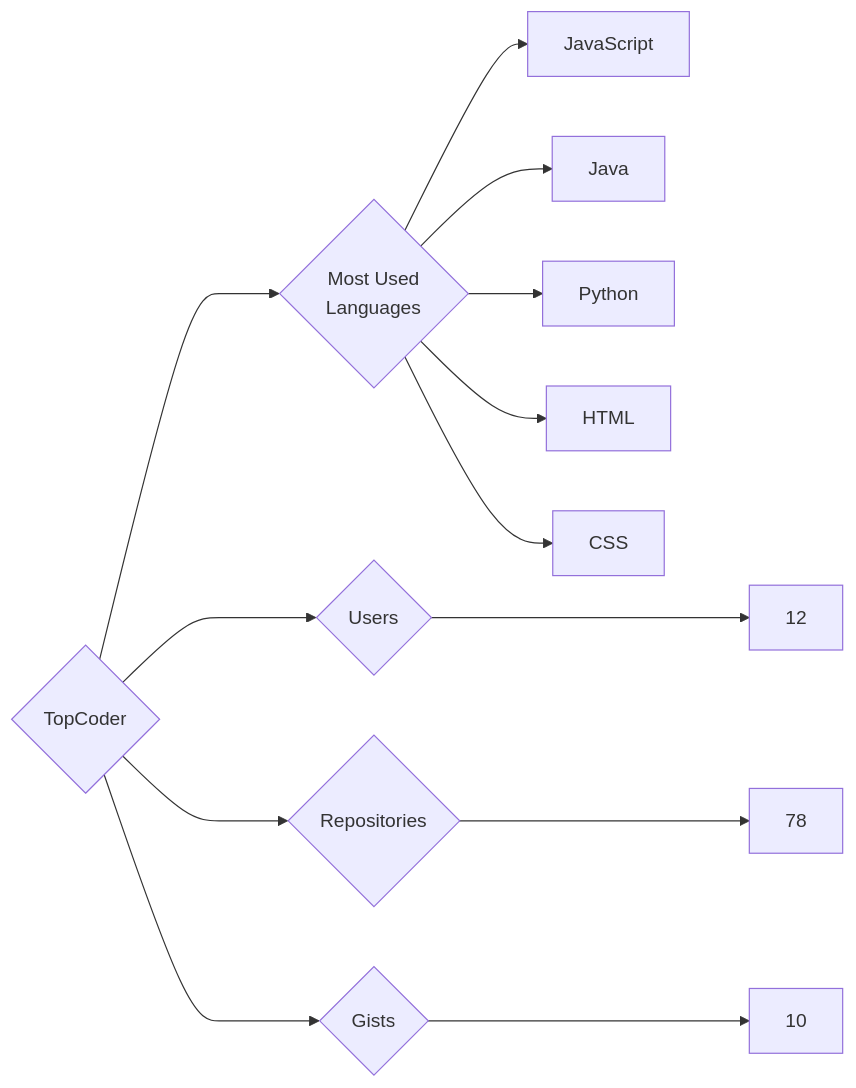
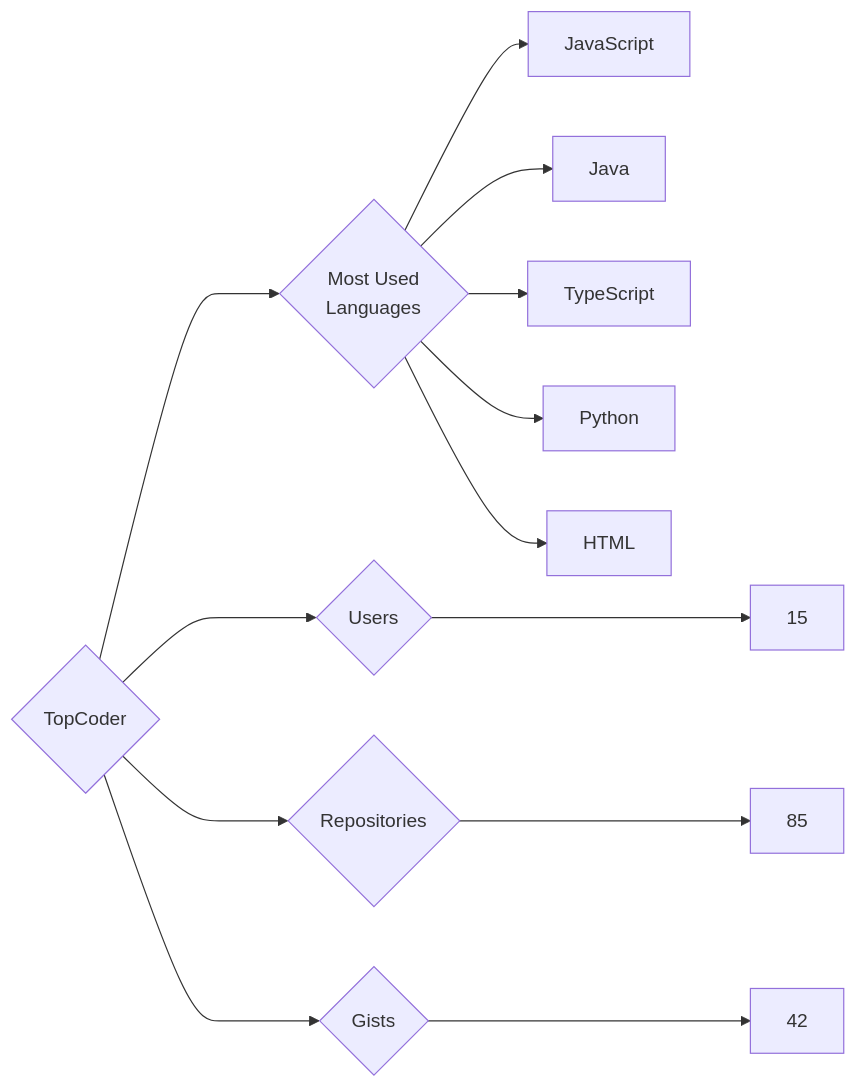
Before and after one commit to trickest/insiders: the diagram in targets/TopCoder/README.md, drawn with Mermaid. The commit also changed 886 other files, not shown here.

````diff
--- a/targets/TopCoder/README.md
+++ b/targets/TopCoder/README.md
@@ -3,13 +3,13 @@
 ```mermaid
 graph LR
 COMPANY_NAME{TopCoder}
-COMPANY_NAME ---> U{Users} ---> UN[12]
-COMPANY_NAME ---> R{Repositories} ---> RN[78]
-COMPANY_NAME ---> G{Gists} ---> GN[10]
+COMPANY_NAME ---> U{Users} ---> UN[15]
+COMPANY_NAME ---> R{Repositories} ---> RN[85]
+COMPANY_NAME ---> G{Gists} ---> GN[42]
 COMPANY_NAME ---> ML{Most Used<br>Languages}
 ML --> JavaScript[JavaScript]
 ML --> Java[Java]
+ML --> TypeScript[TypeScript]
 ML --> Python[Python]
 ML --> HTML[HTML]
-ML --> CSS[CSS]
 ```
````
